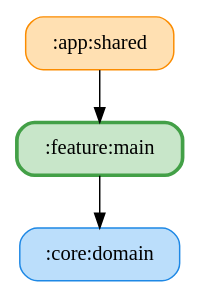
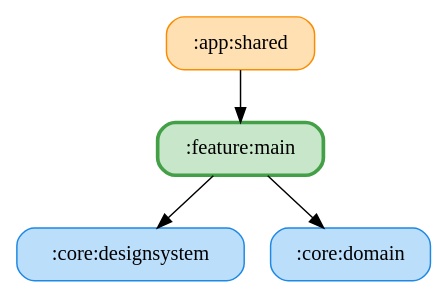
Before and after one commit to ai-kurou/KoDriver: the diagram in docs/graphs/feature-main.gv, drawn with Graphviz. The commit also changed 3 other files, not shown here.

Commit message:
chore: update module graph images

```diff
--- a/docs/graphs/feature-main.gv
+++ b/docs/graphs/feature-main.gv
@@ -1,9 +1,11 @@
 digraph G {
   rankdir=TB
   node [shape=box, style="rounded,filled"]
   ":app:shared" [fillcolor="#FFE0B2", color="#FB8C00", penwidth=1]
+  ":core:designsystem" [fillcolor="#BBDEFB", color="#1E88E5", penwidth=1]
   ":core:domain" [fillcolor="#BBDEFB", color="#1E88E5", penwidth=1]
   ":feature:main" [fillcolor="#C8E6C9", color="#43A047", penwidth=2.5]
   ":app:shared" -> ":feature:main"
   ":feature:main" -> ":core:domain"
+  ":feature:main" -> ":core:designsystem"
 }
```
